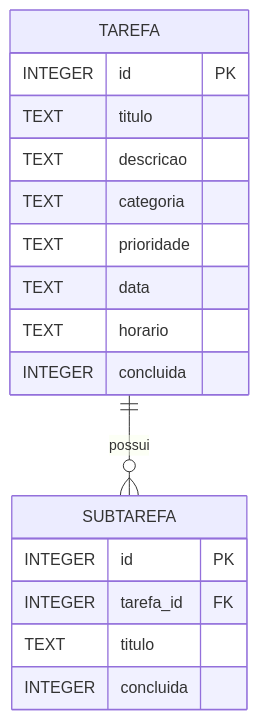
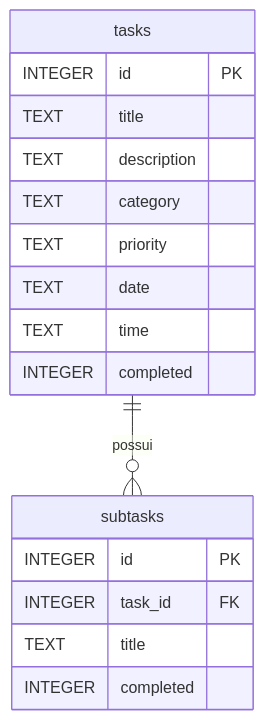
One commit to larigm/can-do changed the diagram in README.md. Above: the diagram before and after it, drawn with Mermaid. The commit also changed other lines of this file, not shown here.

Commit message:
docs: marca sprint 4 como concluída e atualiza diagrama do banco

````diff
--- a/README.md
+++ b/README.md
@@ -85,20 +85,20 @@
 ```mermaid
 erDiagram
-    TAREFA ||--o{ SUBTAREFA : possui
-    TAREFA {
+    tasks ||--o{ subtasks : possui
+    tasks {
         INTEGER id PK
-        TEXT titulo
-        TEXT descricao
-        TEXT categoria
-        TEXT prioridade
-        TEXT data
-        TEXT horario
-        INTEGER concluida
+        TEXT title
+        TEXT description
+        TEXT category
+        TEXT priority
+        TEXT date
+        TEXT time
+        INTEGER completed
     }
-    SUBTAREFA {
+    subtasks {
         INTEGER id PK
-        INTEGER tarefa_id FK
-        TEXT titulo
-        INTEGER concluida
+        INTEGER task_id FK
+        TEXT title
+        INTEGER completed
     }
 ```
````
